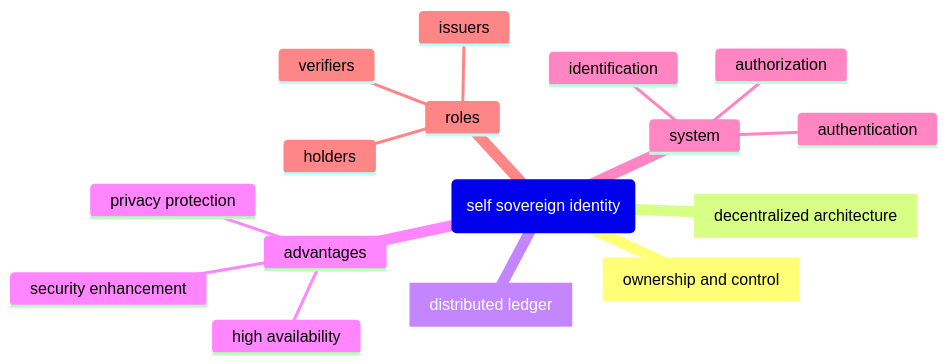
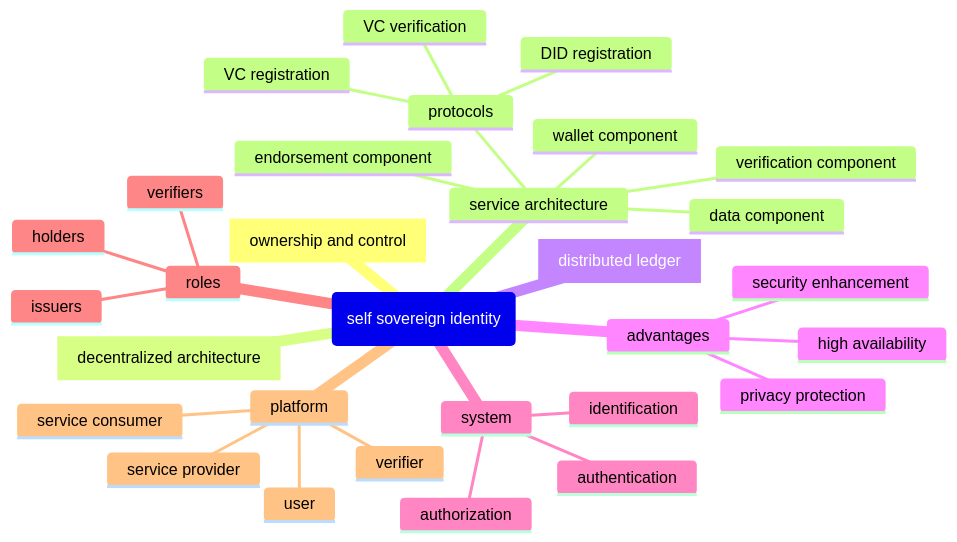
Before and after one commit to wonderfan/blockchain: the diagram in diagram/readme.md, drawn with Mermaid.

````diff
--- a/diagram/readme.md
+++ b/diagram/readme.md
@@ -5,20 +5,33 @@
 ```mermaid
 mindmap
     ssi(self sovereign identity)
         feature[ownership and control]
         technology[decentralized architecture]
         storage[distributed ledger]
         advantages
             privacy protection
             security enhancement
             high availability
         system
             identification
             authentication
             authorization
         roles
             holders
             issuers
             verifiers
-        
+        platform
+            service provider
+            service consumer
+            user
+            verifier
+        service architecture
+            data component
+            wallet component
+            endorsement component
+            verification component
+            protocols
+                DID registration
+                VC registration
+                VC verification                      
 ```
````
